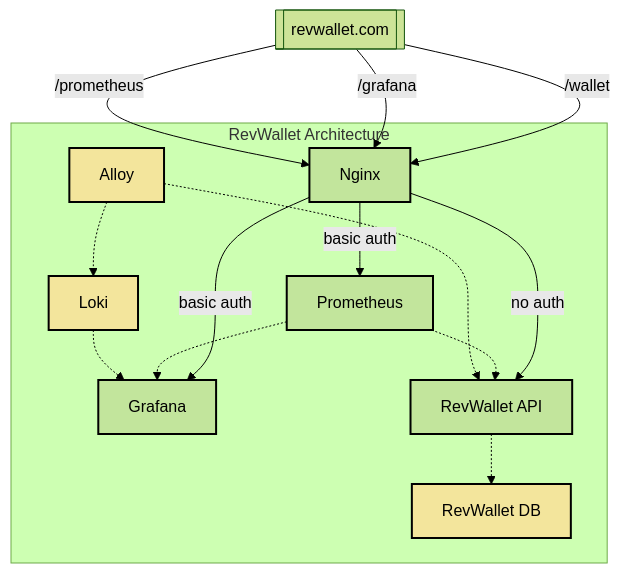
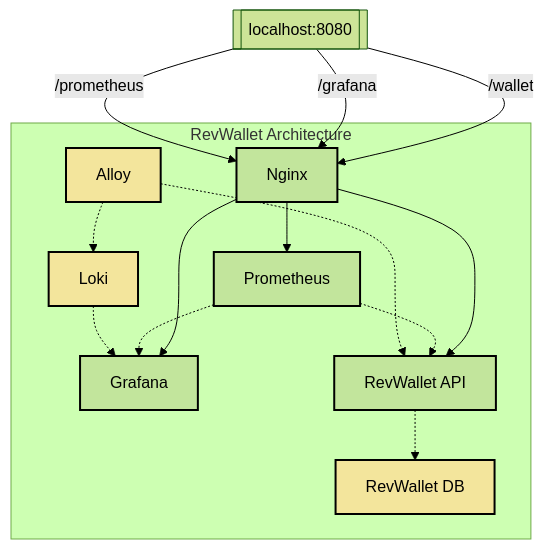
The diagram in README.md (arthurjguerra/revwallet), drawn with Mermaid (forest theme) before and after one commit. The commit also changed 7 other files, not shown here.

````diff
--- a/README.md
+++ b/README.md
@@ -9,36 +9,36 @@
 ```mermaid
 graph TD
   subgraph RevWallet Architecture
       loki[Loki]
       alloy[Alloy]
       grafana[Grafana]
       prometheus[Prometheus]
       revwallet-db[RevWallet DB]
       revwallet-api[RevWallet API]
       nginx[Nginx]
   end
 
   loki -.-> grafana
   alloy -.-> loki
   alloy -.-> revwallet-api
   prometheus -.-> grafana
   prometheus -.-> revwallet-api
   revwallet-api -.-> revwallet-db
-  nginx -- no auth --> revwallet-api
-  nginx -- basic auth --> prometheus
-  nginx -- basic auth --> grafana
+  nginx --> revwallet-api
+  nginx --> prometheus
+  nginx --> grafana
   id1 -- /prometheus --> nginx
   id1 -- /grafana --> nginx
-  id1[[revwallet.com]] -- /wallet --> nginx
+  id1[[localhost:8080]] -- /wallet --> nginx
 
   classDef public fill:#c2e59c,stroke:#000,stroke-width:2px;
   classDef private fill:#f3e59c,stroke:#000,stroke-width:2px;
 
   class loki private
   class alloy private
   class grafana public
   class prometheus public
   class revwallet-db private
   class revwallet-api public
   class nginx public
 ```
````
